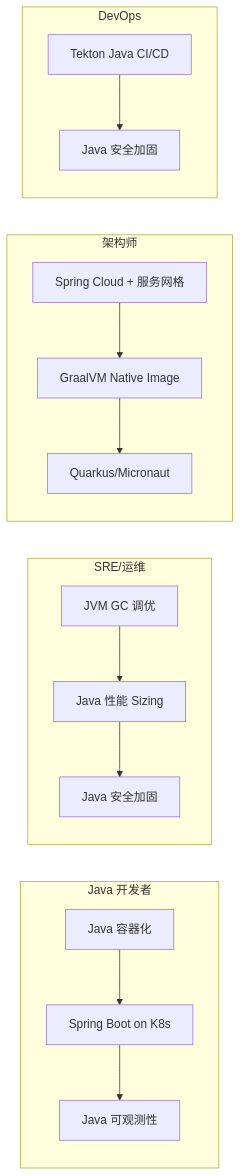
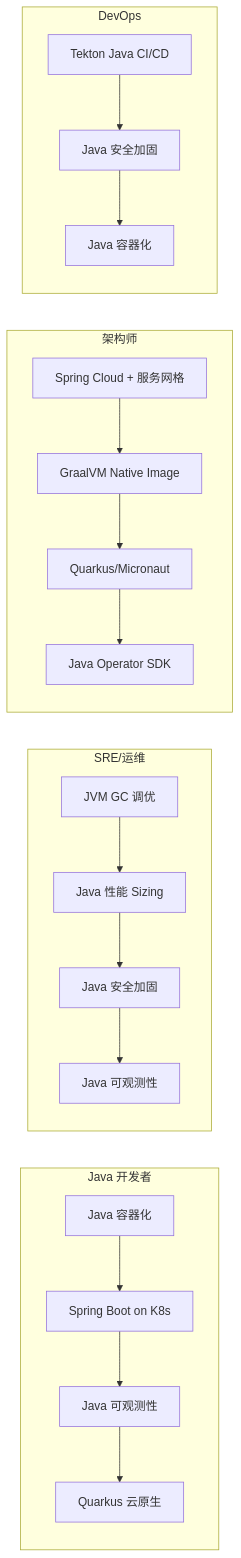
The second of 3 diagrams in topic-java-kubernetes/README.md (kudig-io/kudig-database), drawn with Mermaid before and after one commit. The commit also changed other lines of this file and 8633 other files, not shown here.

````diff
--- a/topic-java-kubernetes/README.md
+++ b/topic-java-kubernetes/README.md
@@ -109,21 +169,25 @@
 ```mermaid
 graph LR
     subgraph "Java 开发者"
         D1[Java 容器化] --> D2[Spring Boot on K8s]
         D2 --> D3[Java 可观测性]
+        D3 --> D4[Quarkus 云原生]
     end
 
     subgraph "SRE/运维"
         O1[JVM GC 调优] --> O2[Java 性能 Sizing]
         O2 --> O3[Java 安全加固]
+        O3 --> O4[Java 可观测性]
     end
 
     subgraph "架构师"
         A1[Spring Cloud + 服务网格] --> A2[GraalVM Native Image]
         A2 --> A3[Quarkus/Micronaut]
+        A3 --> A4[Java Operator SDK]
     end
 
     subgraph "DevOps"
         V1[Tekton Java CI/CD] --> V2[Java 安全加固]
+        V2 --> V3[Java 容器化]
     end
 ```
````
